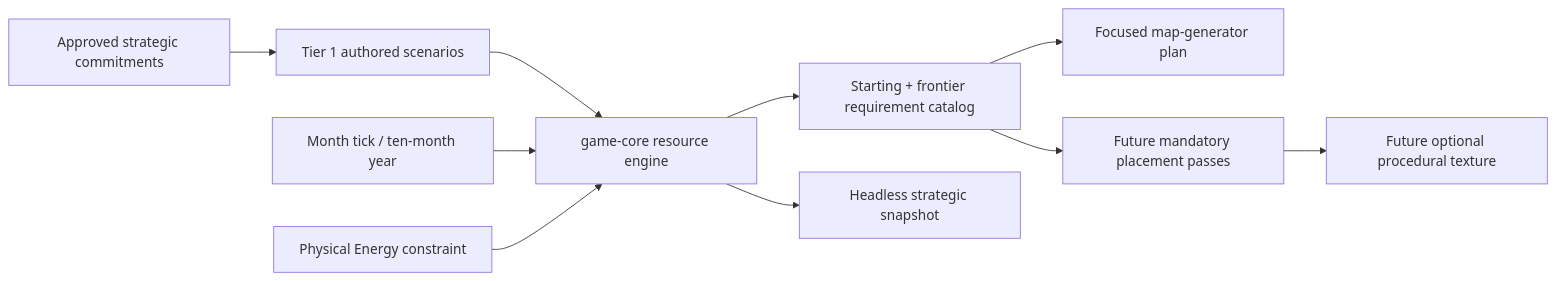
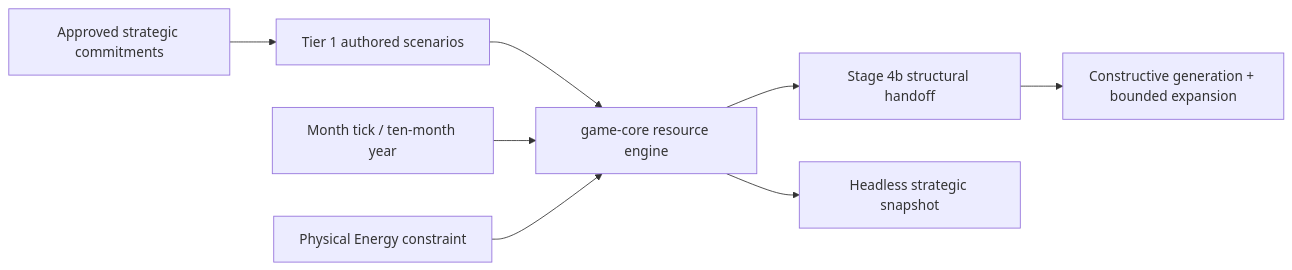
One commit to aefreedman/4x-term changed the diagram in docs/plans/2026-07-20-feature-constructive-world-generation-stage-4-plan.md. Above: the diagram before and after it, drawn with Mermaid. The commit also changed other lines of this file and 9 other files, not shown here.

Commit message:
docs(stage-4): approve origin resource engine

````diff
--- a/docs/plans/2026-07-20-feature-constructive-world-generation-stage-4-plan.md
+++ b/docs/plans/2026-07-20-feature-constructive-world-generation-stage-4-plan.md
@@ -164,14 +281,12 @@
 ```mermaid
 flowchart LR
     DESIGN["Approved strategic commitments"] --> FIX["Tier 1 authored scenarios"]
     FIX --> ENGINE["game-core resource engine"]
-    ENGINE --> REQ["Starting + frontier requirement catalog"]
-    REQ --> FUTURE["Focused map-generator plan"]
+    ENGINE --> HANDOFF["Stage 4b structural handoff"]
 
     TICK["Month tick / ten-month year"] --> ENGINE
     ENERGY["Physical Energy constraint"] --> ENGINE
     ENGINE --> SNAP["Headless strategic snapshot"]
 
-    REQ --> MUST["Future mandatory placement passes"]
-    MUST --> OPTIONAL["Future optional procedural texture"]
+    HANDOFF --> GEN["Constructive generation + bounded expansion"]
 ```
````
